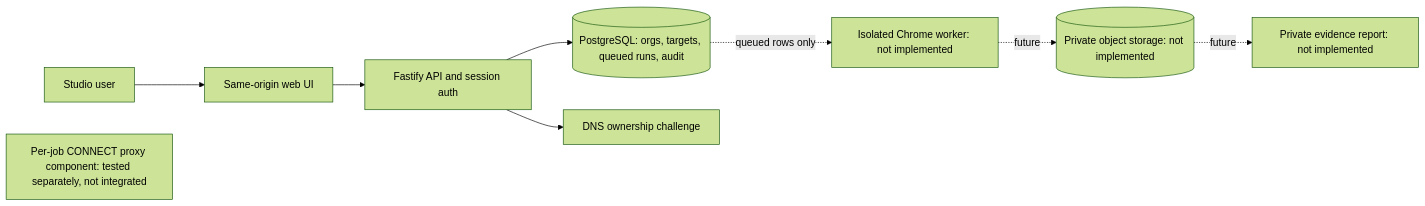
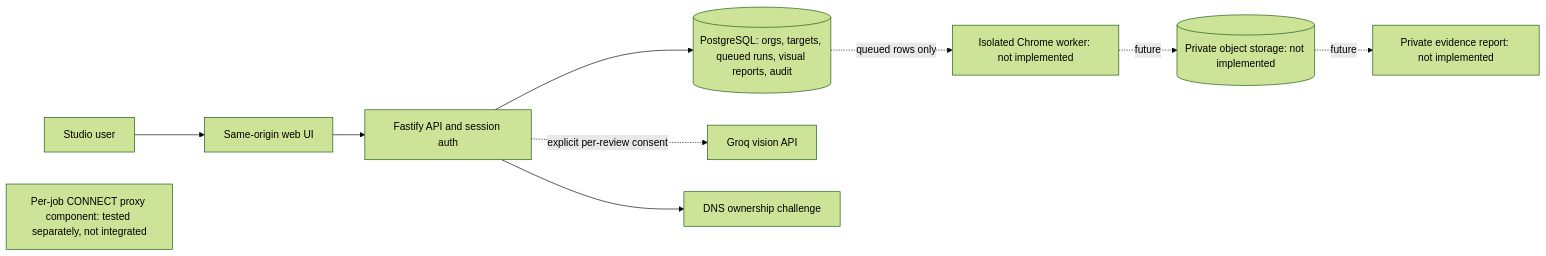
Before and after one commit to elyashium/atlas-replay-lab: the diagram in docs/evidence/phase2-control-plane-2026-09-27.md, drawn with Mermaid (forest theme). The commit also changed other lines of this file and 17 other files, not shown here.

Commit message:
Add consented project visual review workflow

````diff
--- a/docs/evidence/phase2-control-plane-2026-09-27.md
+++ b/docs/evidence/phase2-control-plane-2026-09-27.md
@@ -5,11 +5,12 @@
 ```mermaid
 flowchart LR
   User[Studio user] --> UI[Same-origin web UI]
   UI --> API[Fastify API and session auth]
-  API --> DB[(PostgreSQL: orgs, targets, queued runs, audit)]
+  API --> DB[(PostgreSQL: orgs, targets, queued runs, visual reports, audit)]
+  API -. explicit per-review consent .-> Groq[Groq vision API]
   API --> DNS[DNS ownership challenge]
   Proxy[Per-job CONNECT proxy component: tested separately, not integrated]
   DB -. queued rows only .-> Worker[Isolated Chrome worker: not implemented]
   Worker -. future .-> Objects[(Private object storage: not implemented)]
   Objects -. future .-> Report[Private evidence report: not implemented]
 ```
````
